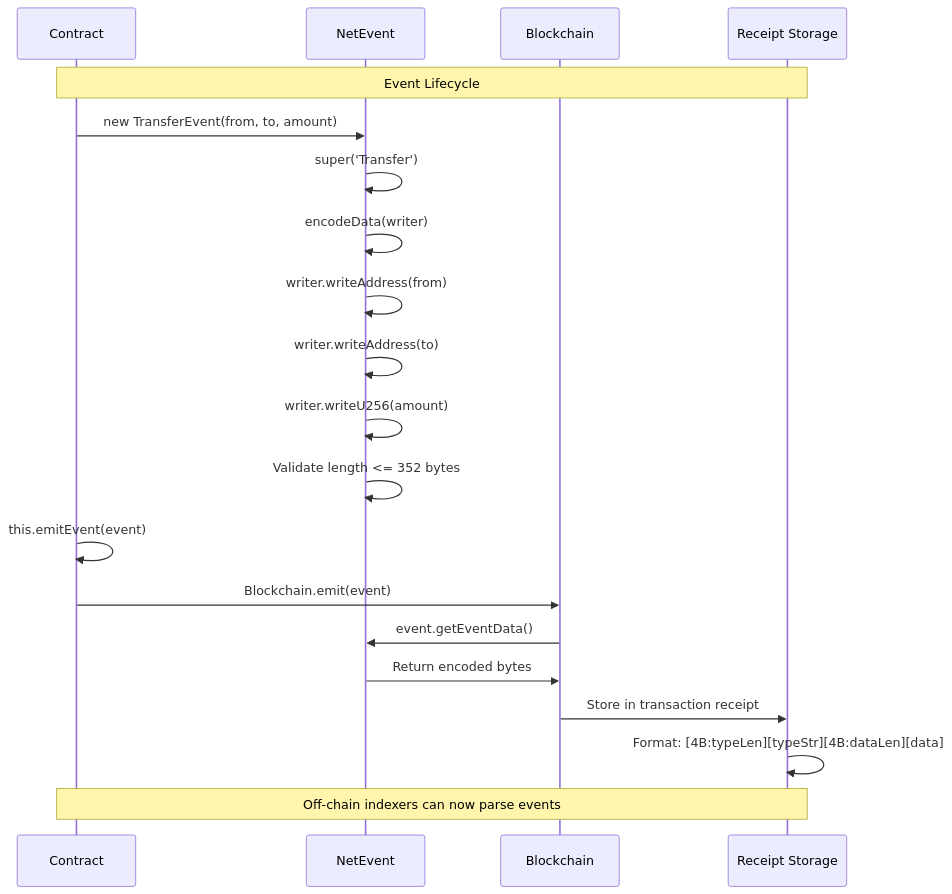
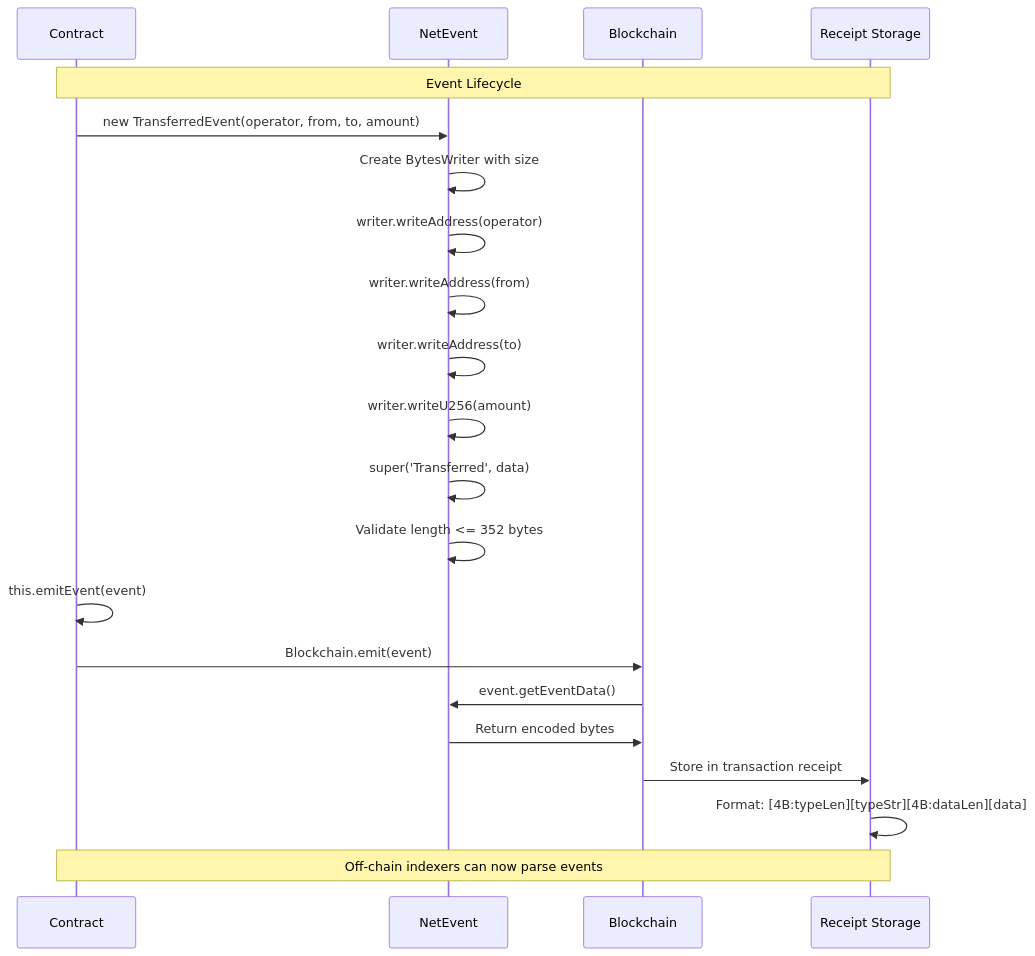
One commit to btc-vision/btc-runtime changed the third of 4 diagrams in docs/api-reference/events.md. Above: the diagram before and after it, drawn with Mermaid. The commit also changed other lines of this file and 16 other files, not shown here.

````diff
--- a/docs/api-reference/events.md
+++ b/docs/api-reference/events.md
@@ -254,29 +240,30 @@
 ```mermaid
 sequenceDiagram
     participant C as Contract
     participant E as NetEvent
     participant BC as Blockchain
     participant R as Receipt Storage
 
     Note over C,R: Event Lifecycle
 
-    C->>E: new TransferEvent(from, to, amount)
-    E->>E: super('Transfer')
-    E->>E: encodeData(writer)
+    C->>E: new TransferredEvent(operator, from, to, amount)
+    E->>E: Create BytesWriter with size
+    E->>E: writer.writeAddress(operator)
     E->>E: writer.writeAddress(from)
     E->>E: writer.writeAddress(to)
     E->>E: writer.writeU256(amount)
+    E->>E: super('Transferred', data)
 
     E->>E: Validate length <= 352 bytes
 
     C->>C: this.emitEvent(event)
     C->>BC: Blockchain.emit(event)
 
     BC->>E: event.getEventData()
     E->>BC: Return encoded bytes
 
     BC->>R: Store in transaction receipt
     R->>R: Format: [4B:typeLen][typeStr][4B:dataLen][data]
 
     Note over C,R: Off-chain indexers can now parse events
 ```
````
